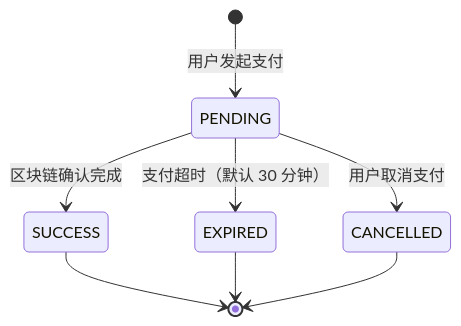
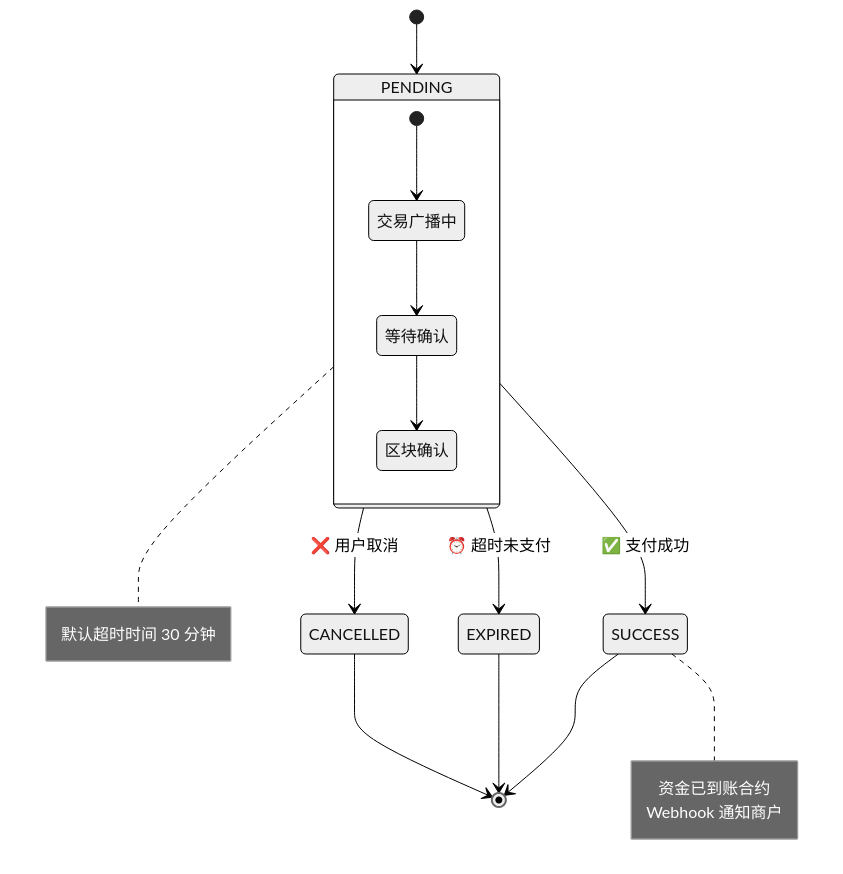
One commit to BlockATMOnLine/docs changed the diagram in integration/webhooks/payment-webhook.md. Above: the diagram before and after it, drawn with Mermaid. The commit also changed 6 other files, not shown here.

First line of the commit message:
docs: upgrade mermaid diagrams with professional styling

````diff
--- a/integration/webhooks/payment-webhook.md
+++ b/integration/webhooks/payment-webhook.md
@@ -52,10 +52,36 @@
 ```mermaid
+%%{
+  init: {
+    'theme': 'neutral',
+    'themeVariables': {
+      'primaryColor': '#6366F1',
+      'fontFamily': 'Inter'
+    }
+  }
+}%%
 stateDiagram-v2
-    [*] --> PENDING: 用户发起支付
-    PENDING --> SUCCESS: 区块链确认完成
-    PENDING --> EXPIRED: 支付超时（默认 30 分钟）
-    PENDING --> CANCELLED: 用户取消支付
+    [*] --> PENDING
+
+    state PENDING {
+        [*] --> 交易广播中
+        交易广播中 --> 等待确认
+        等待确认 --> 区块确认
+    }
+
+    PENDING --> SUCCESS : ✅ 支付成功
+    PENDING --> EXPIRED : ⏰ 超时未支付
+    PENDING --> CANCELLED : ❌ 用户取消
+
     SUCCESS --> [*]
     EXPIRED --> [*]
     CANCELLED --> [*]
+
+    note right of SUCCESS
+        资金已到账合约
+        Webhook 通知商户
+    end note
+
+    note right of PENDING
+        默认超时时间 30 分钟
+    end note
 ```
````
